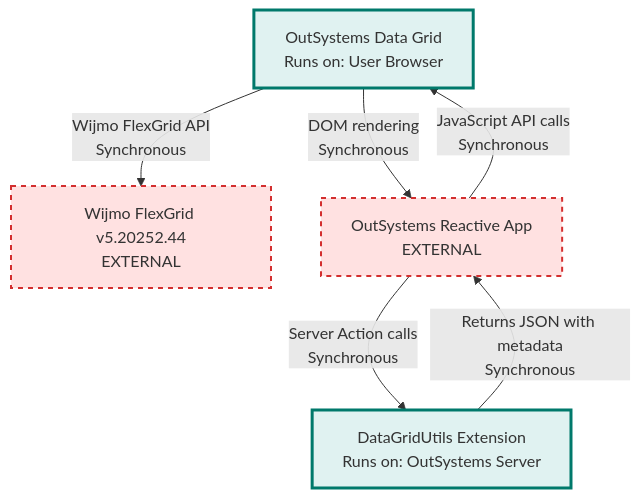
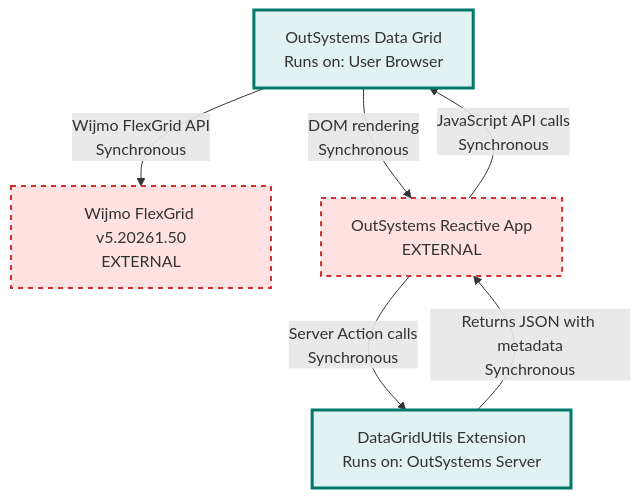
The diagram in ARCHITECTURE.md (OutSystems/outsystems-datagrid), drawn with Mermaid before and after one commit. The commit also changed other lines of this file and 2 other files, not shown here.

````diff
--- a/ARCHITECTURE.md
+++ b/ARCHITECTURE.md
@@ -13,24 +13,24 @@
 ```mermaid
 graph TB
     %% This repository components
     Browser["OutSystems Data Grid<br/>Runs on: User Browser"]
     Extension["DataGridUtils Extension<br/>Runs on: OutSystems Server"]
 
     %% External services
-    WijmoLib[Wijmo FlexGrid v5.20252.44<br/>EXTERNAL]
+    WijmoLib[Wijmo FlexGrid v5.20261.50<br/>EXTERNAL]
     OSApp[OutSystems Reactive App<br/>EXTERNAL]
 
     %% Communication flows
     OSApp -->|JavaScript API calls<br/>Synchronous| Browser
     Browser -->|Wijmo FlexGrid API<br/>Synchronous| WijmoLib
     OSApp -->|Server Action calls<br/>Synchronous| Extension
     Extension -->|Returns JSON with metadata<br/>Synchronous| OSApp
     Browser -->|DOM rendering<br/>Synchronous| OSApp
 
     %% Styling
     classDef thisRepo fill:#e0f2f1,stroke:#00796b,stroke-width:3px
     classDef external fill:#ffe1e1,stroke:#d32f2f,stroke-width:2px,stroke-dasharray: 5 5
 
     class Browser,Extension thisRepo
     class WijmoLib,OSApp external
 ```
````
